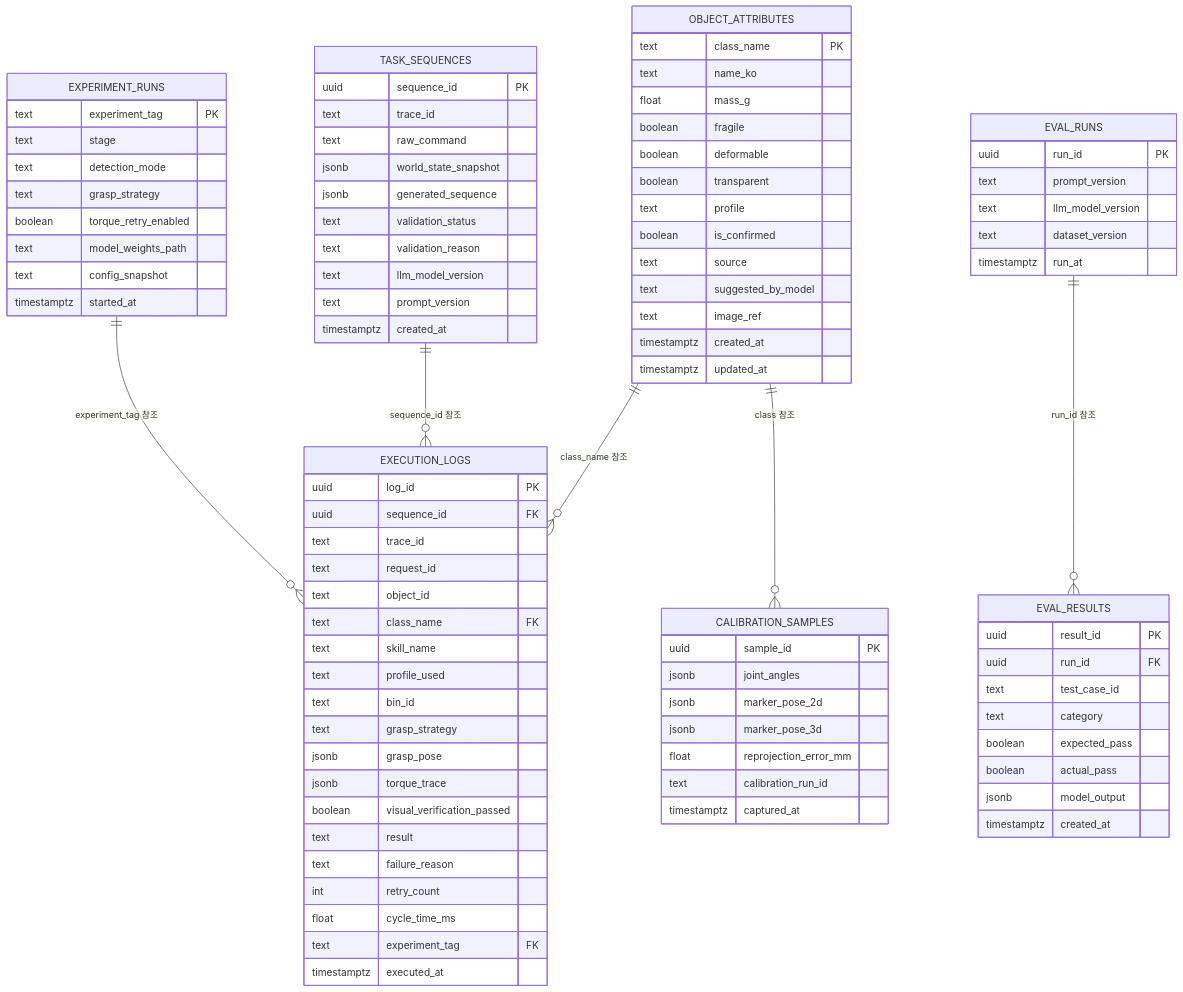
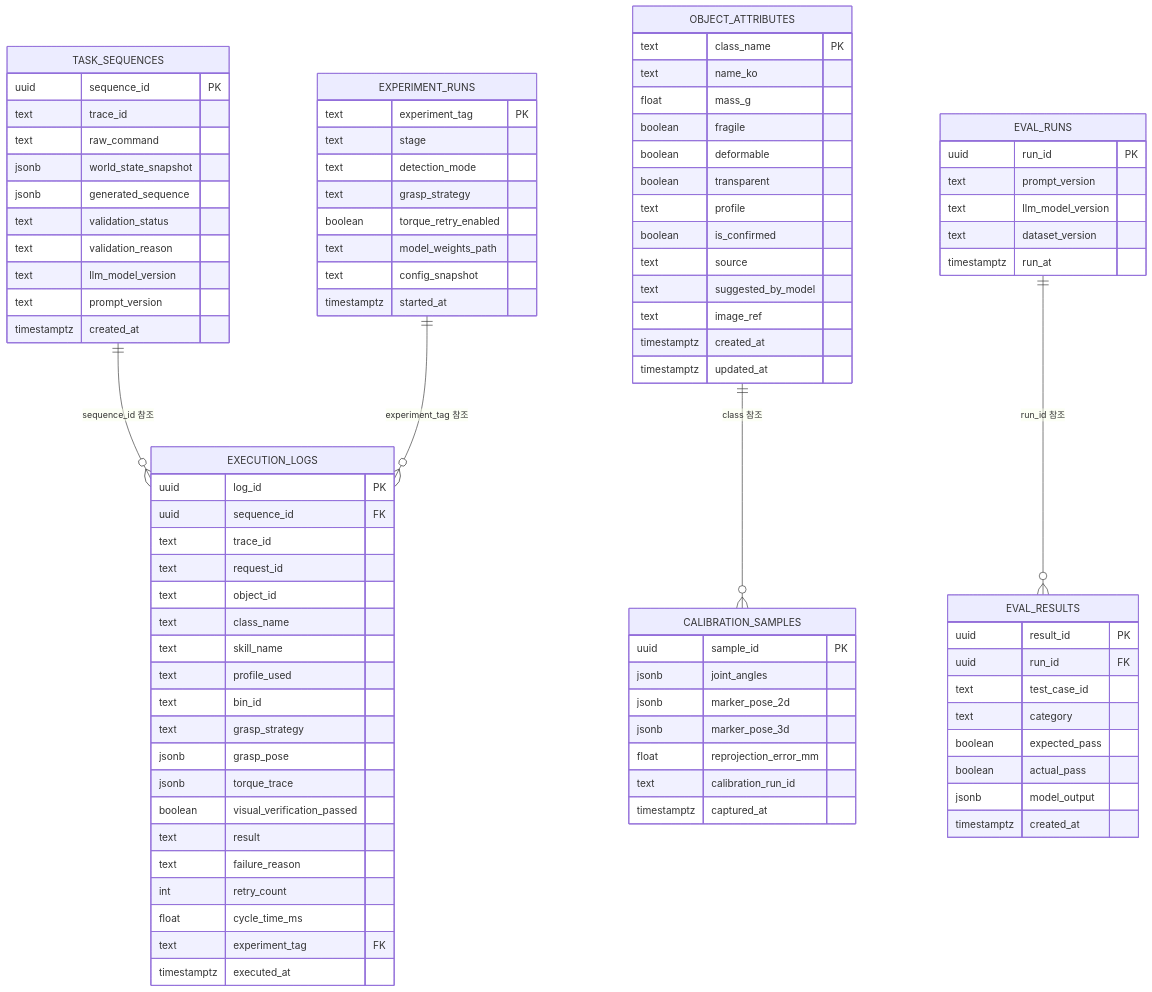
The diagram in docs/시스템명세서.md (Haeyuni/PiecePickingSystem), drawn with Mermaid before and after one commit. The commit also changed other lines of this file and 4 other files, not shown here.

First line of the commit message:
fix: execution_logs.class_name의 object_attributes FK를 걷어내 스냅샷으로 바꾼다

````diff
--- a/docs/시스템명세서.md
+++ b/docs/시스템명세서.md
@@ -62,6 +62,5 @@
 ```mermaid
 erDiagram
-    OBJECT_ATTRIBUTES ||--o{ EXECUTION_LOGS : "class_name 참조"
     TASK_SEQUENCES ||--o{ EXECUTION_LOGS : "sequence_id 참조"
     OBJECT_ATTRIBUTES ||--o{ CALIBRATION_SAMPLES : "class 참조"
     EVAL_RUNS ||--o{ EVAL_RESULTS : "run_id 참조"
@@ -102,7 +101,7 @@
         text trace_id
         text request_id
         text object_id
-        text class_name FK
+        text class_name
         text skill_name
         text profile_used
         text bin_id
````
